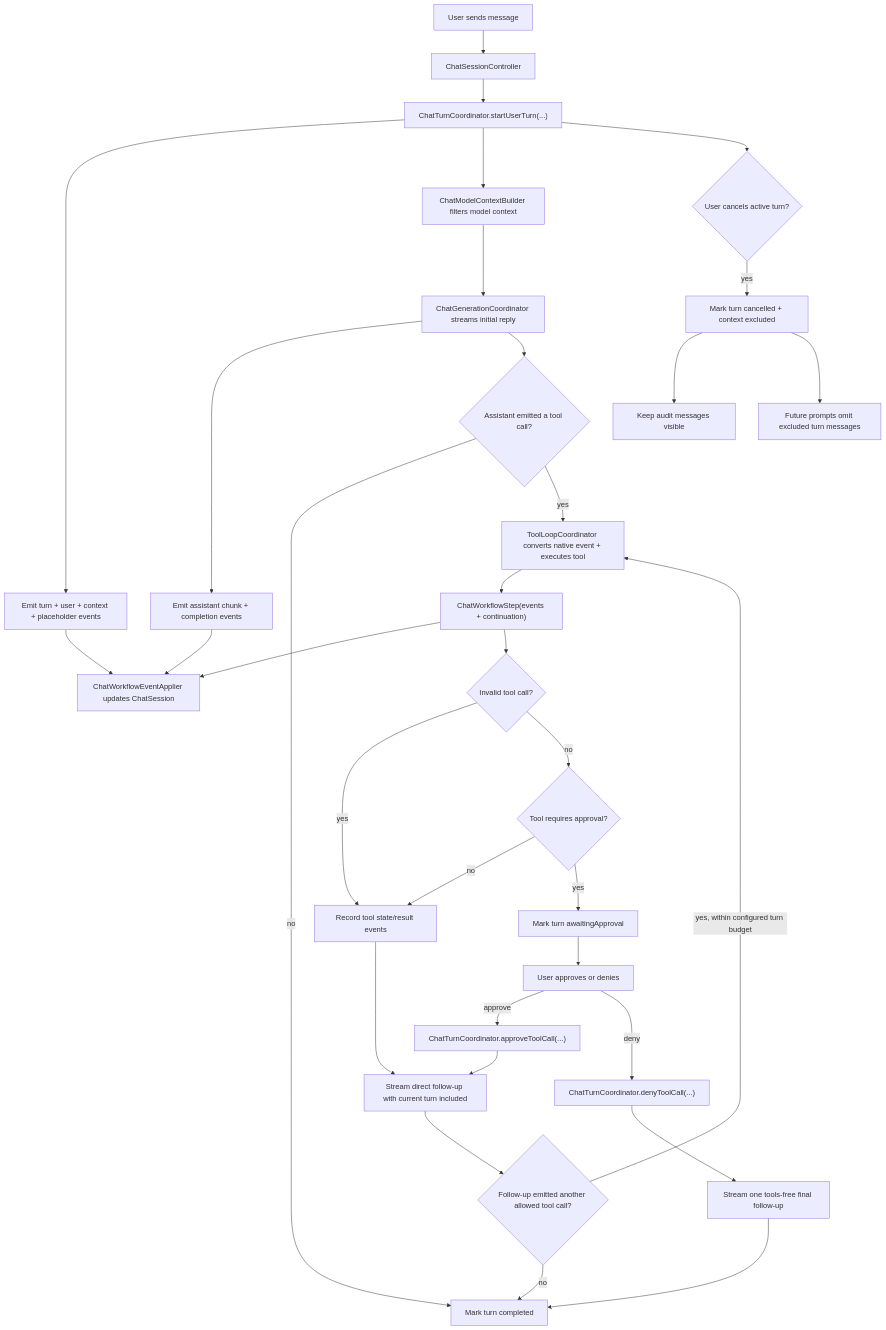
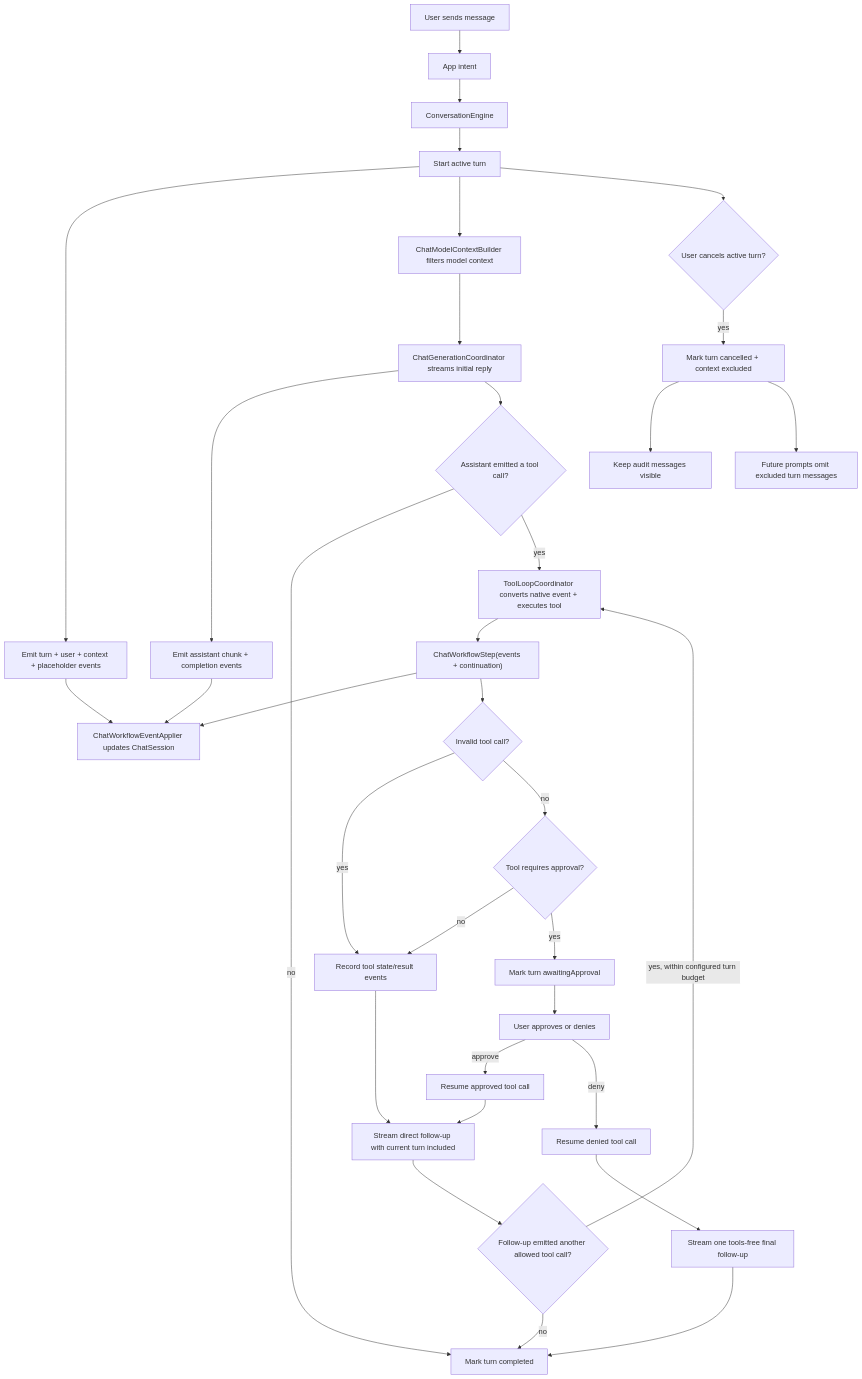
One commit to ngutech21/sumika-chat changed the diagram in docs/chat-runtime.md. Above: the diagram before and after it, drawn with Mermaid. The commit also changed other lines of this file and 243 other files, not shown here.

````diff
--- a/docs/chat-runtime.md
+++ b/docs/chat-runtime.md
@@ -10,35 +10,36 @@
 ```mermaid
 flowchart TD
-  A["User sends message"] --> B["ChatSessionController"]
-  B --> C["ChatTurnCoordinator.startUserTurn(...)"]
+  A["User sends message"] --> B["App intent"]
+  B --> CE["ConversationEngine"]
+  CE --> C["Start active turn"]
   C --> D["Emit turn + user + context + placeholder events"]
   D --> E["ChatWorkflowEventApplier updates ChatSession"]
   C --> F["ChatModelContextBuilder filters model context"]
   F --> G["ChatGenerationCoordinator streams initial reply"]
   G --> Y["Emit assistant chunk + completion events"]
   Y --> E
   G --> H{"Assistant emitted a tool call?"}
   H -- "no" --> I["Mark turn completed"]
   H -- "yes" --> J["ToolLoopCoordinator converts native event + executes tool"]
   J --> W["ChatWorkflowStep(events + continuation)"]
   W --> E
   W --> V{"Invalid tool call?"}
   V -- "yes" --> L
   V -- "no" --> K{"Tool requires approval?"}
   K -- "no" --> L["Record tool state/result events"]
   L --> Q["Stream direct follow-up with current turn included"]
   Q --> U{"Follow-up emitted another allowed tool call?"}
   U -- "yes, within configured turn budget" --> J
   U -- "no" --> I
   K -- "yes" --> R["Mark turn awaitingApproval"]
   R --> S["User approves or denies"]
-  S -- "approve" --> T["ChatTurnCoordinator.approveToolCall(...)"]
+  S -- "approve" --> T["Resume approved tool call"]
   T --> Q
-  S -- "deny" --> Z["ChatTurnCoordinator.denyToolCall(...)"]
+  S -- "deny" --> Z["Resume denied tool call"]
   Z --> ZF["Stream one tools-free final follow-up"]
   ZF --> I
   C --> M{"User cancels active turn?"}
   M -- "yes" --> N["Mark turn cancelled + context excluded"]
   N --> O["Keep audit messages visible"]
   N --> P["Future prompts omit excluded turn messages"]
 ```
````
